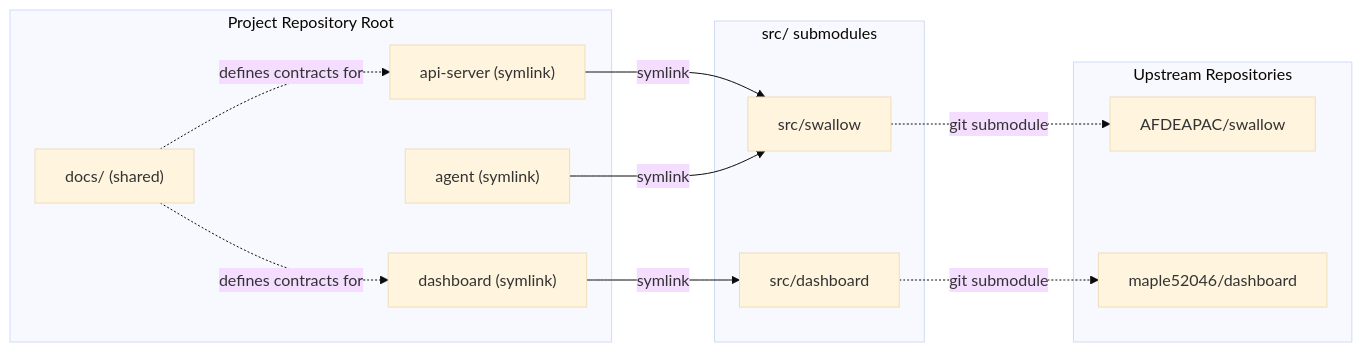
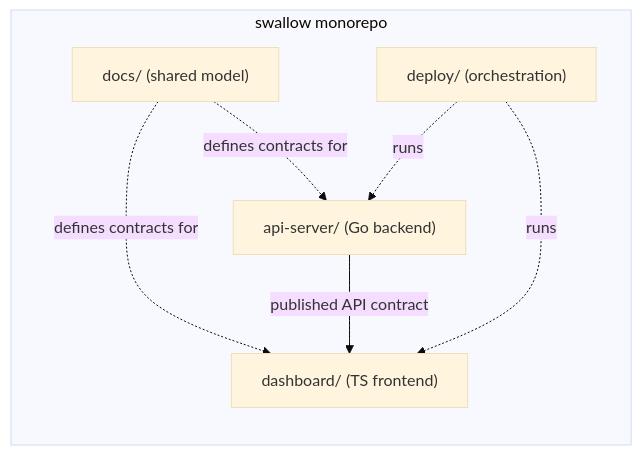
The diagram in docs/development/codebase-structure.md (maple52046/swallow), drawn with Mermaid (base theme) before and after one commit. The commit also changed other lines of this file and 7 other files, not shown here.

First line of the commit message:
docs: rewrite structure contract for the monorepo and add ADR-005

````diff
--- a/docs/development/codebase-structure.md
+++ b/docs/development/codebase-structure.md
@@ -46,27 +54,15 @@
 ```mermaid
 flowchart LR
-    subgraph root [Project Repository Root]
-        apiServer["api-server (symlink)"]
-        agentLink["agent (symlink)"]
-        dashboardLink["dashboard (symlink)"]
-        docs["docs/ (shared)"]
+    subgraph repo [swallow monorepo]
+        apiServer["api-server/ (Go backend)"]
+        dashboard["dashboard/ (TS frontend)"]
+        docs["docs/ (shared model)"]
+        deploy["deploy/ (orchestration)"]
     end
 
-    subgraph srcDir [src/ submodules]
-        swallow["src/swallow"]
-        dashboardSrc["src/dashboard"]
-    end
-
-    subgraph upstream [Upstream Repositories]
-        swallowRepo["AFDEAPAC/swallow"]
-        dashboardRepo["maple52046/dashboard"]
-    end
-
-    apiServer -->|symlink| swallow
-    agentLink -->|symlink| swallow
-    dashboardLink -->|symlink| dashboardSrc
-    swallow -.->|git submodule| swallowRepo
-    dashboardSrc -.->|git submodule| dashboardRepo
     docs -.->|defines contracts for| apiServer
-    docs -.->|defines contracts for| dashboardLink
+    docs -.->|defines contracts for| dashboard
+    apiServer -->|published API contract| dashboard
+    deploy -.->|runs| apiServer
+    deploy -.->|runs| dashboard
 ```
````
